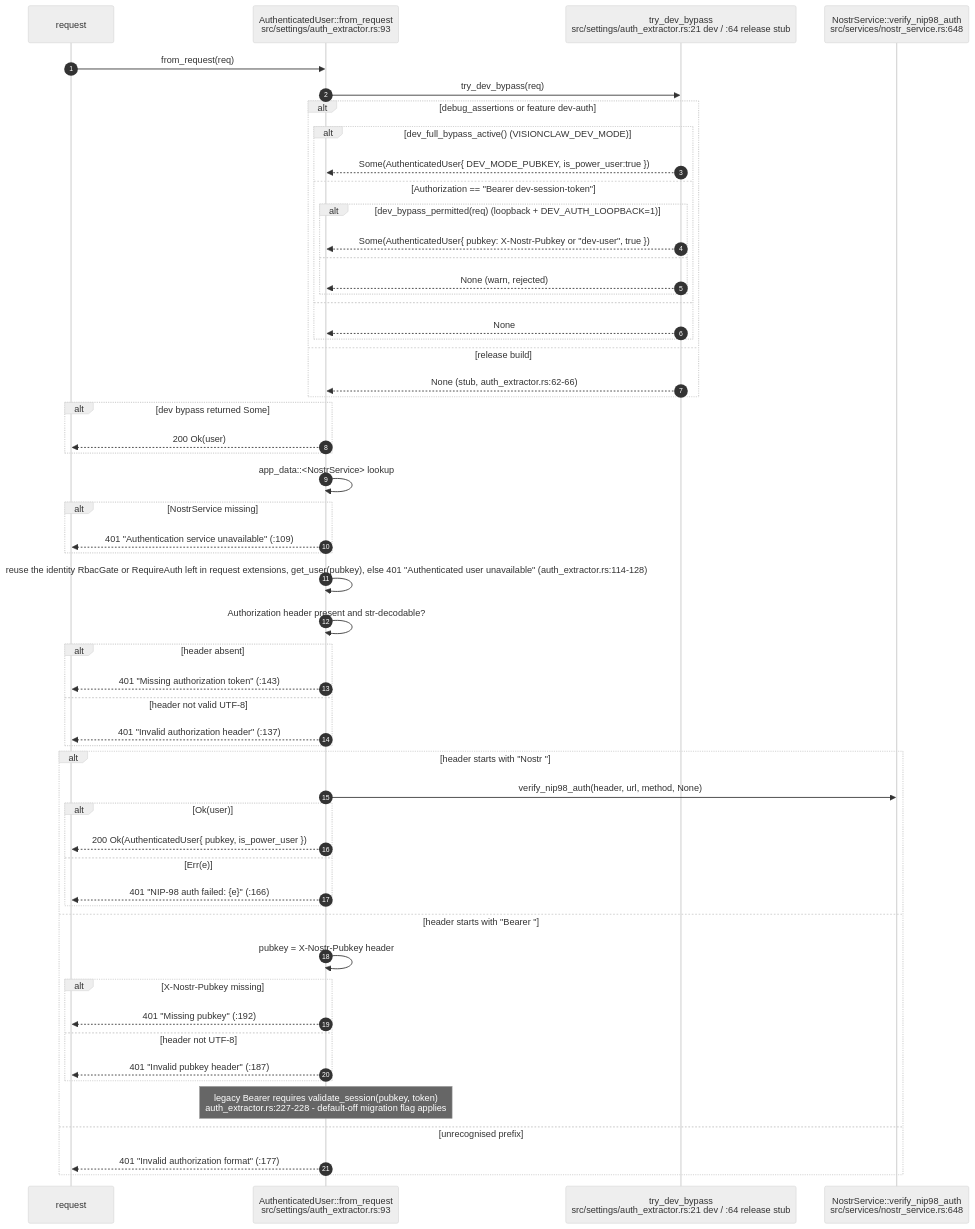
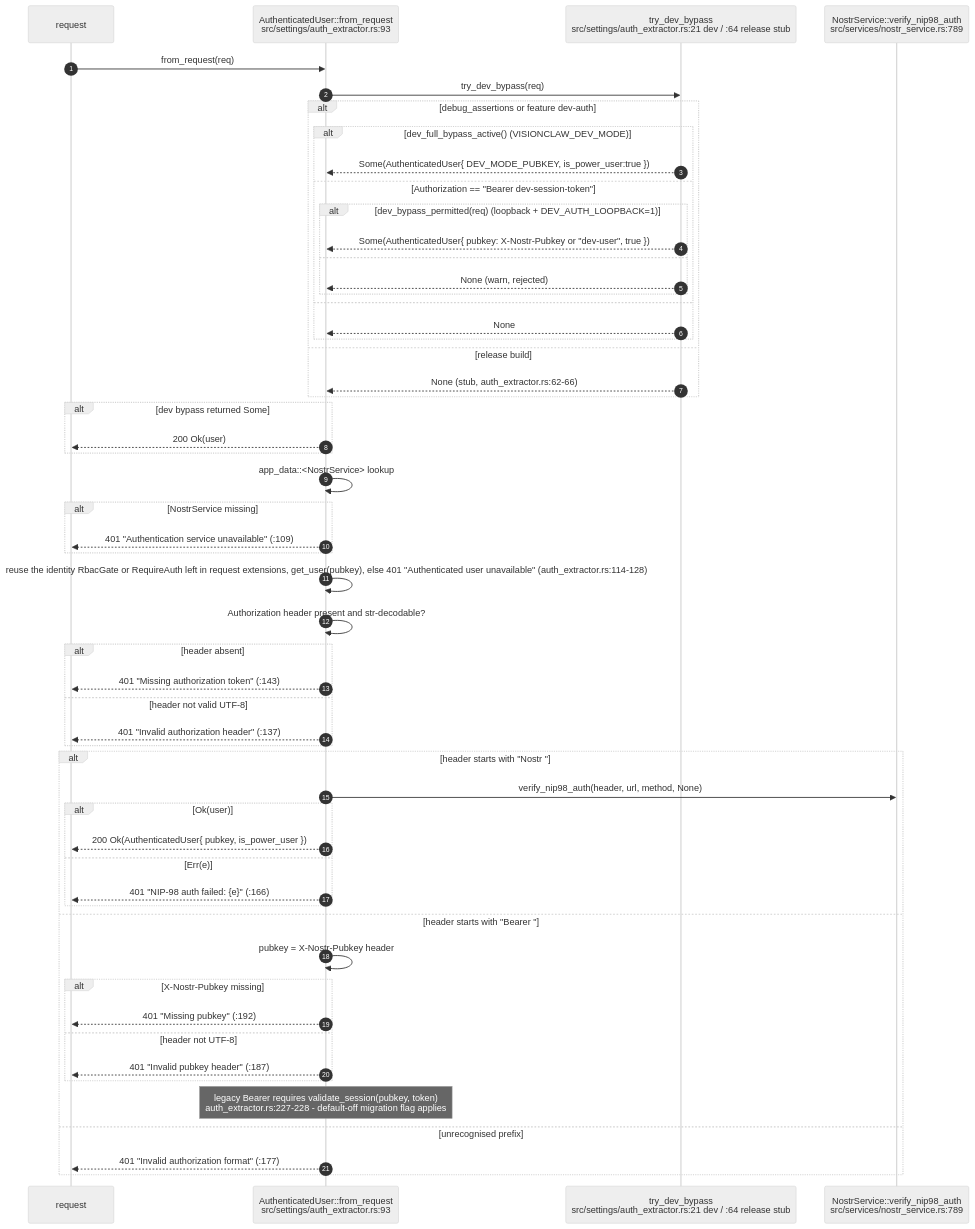
The third of 15 diagrams in docs/diagrams/visionclaw/03-request-lifecycle-and-rbac.md (DreamLab-AI/VisionFlow), drawn with Mermaid (neutral theme) before and after one commit. The commit also changed other lines of this file and 7 other files, not shown here.

````diff
--- a/docs/diagrams/visionclaw/03-request-lifecycle-and-rbac.md
+++ b/docs/diagrams/visionclaw/03-request-lifecycle-and-rbac.md
@@ -180,58 +180,58 @@
 ```mermaid
 sequenceDiagram
     autonumber
     participant R as request
     participant FR as AuthenticatedUser::from_request<br/>src/settings/auth_extractor.rs:93
     participant DB as try_dev_bypass<br/>src/settings/auth_extractor.rs:21 dev / :64 release stub
-    participant NS as NostrService::verify_nip98_auth<br/>src/services/nostr_service.rs:648
+    participant NS as NostrService::verify_nip98_auth<br/>src/services/nostr_service.rs:789
 
     R->>FR: from_request(req)
     FR->>DB: try_dev_bypass(req)
     alt debug_assertions or feature dev-auth
         alt dev_full_bypass_active() (VISIONCLAW_DEV_MODE)
             DB-->>FR: Some(AuthenticatedUser{ DEV_MODE_PUBKEY, is_power_user:true })
         else Authorization == "Bearer dev-session-token"
             alt dev_bypass_permitted(req) (loopback + DEV_AUTH_LOOPBACK=1)
                 DB-->>FR: Some(AuthenticatedUser{ pubkey: X-Nostr-Pubkey or "dev-user", true })
             else
                 DB-->>FR: None (warn, rejected)
             end
         else
             DB-->>FR: None
         end
     else release build
         DB-->>FR: None (stub, auth_extractor.rs:62-66)
     end
     alt dev bypass returned Some
         FR-->>R: 200 Ok(user)
     end
     FR->>FR: app_data::<NostrService> lookup
     alt NostrService missing
         FR-->>R: 401 "Authentication service unavailable" (:109)
     end
     FR->>FR: reuse the identity RbacGate or RequireAuth left in request extensions, get_user(pubkey), else 401 "Authenticated user unavailable" (auth_extractor.rs:114-128)
     FR->>FR: Authorization header present and str-decodable?
     alt header absent
         FR-->>R: 401 "Missing authorization token" (:143)
     else header not valid UTF-8
         FR-->>R: 401 "Invalid authorization header" (:137)
     end
     alt header starts with "Nostr "
         FR->>NS: verify_nip98_auth(header, url, method, None)
         alt Ok(user)
             FR-->>R: 200 Ok(AuthenticatedUser{ pubkey, is_power_user })
         else Err(e)
             FR-->>R: 401 "NIP-98 auth failed: {e}" (:166)
         end
     else header starts with "Bearer "
         FR->>FR: pubkey = X-Nostr-Pubkey header
         alt X-Nostr-Pubkey missing
             FR-->>R: 401 "Missing pubkey" (:192)
         else header not UTF-8
             FR-->>R: 401 "Invalid pubkey header" (:187)
         end
         Note over FR: legacy Bearer requires validate_session(pubkey, token)<br/>auth_extractor.rs:227-228 - default-off migration flag applies
     else unrecognised prefix
         FR-->>R: 401 "Invalid authorization format" (:177)
     end
 ```
````
